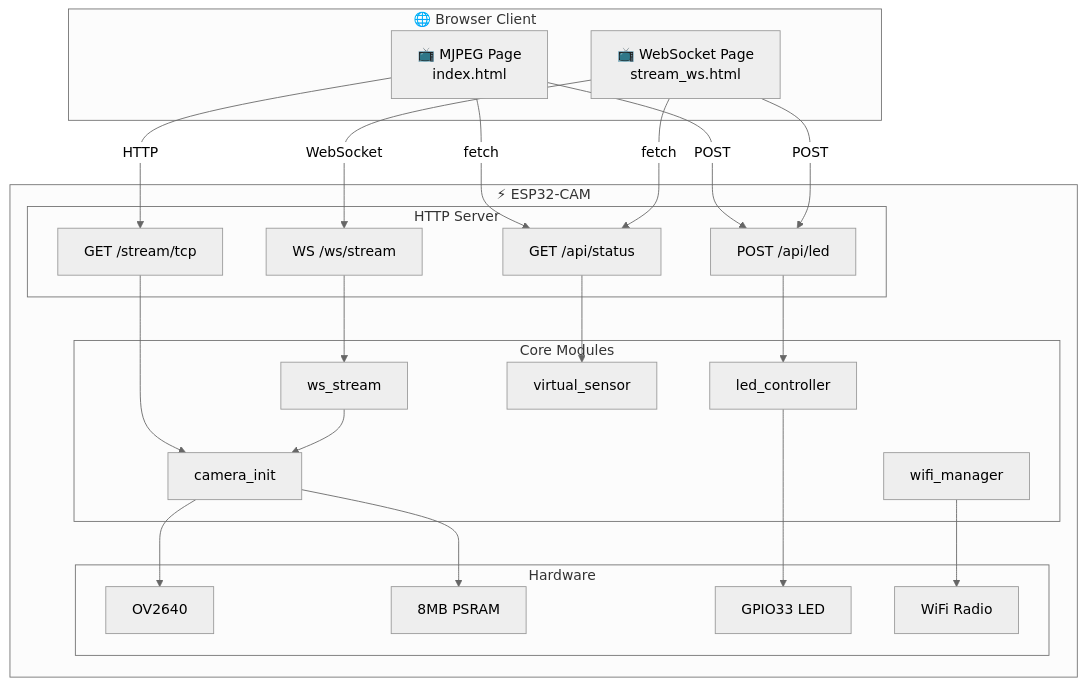
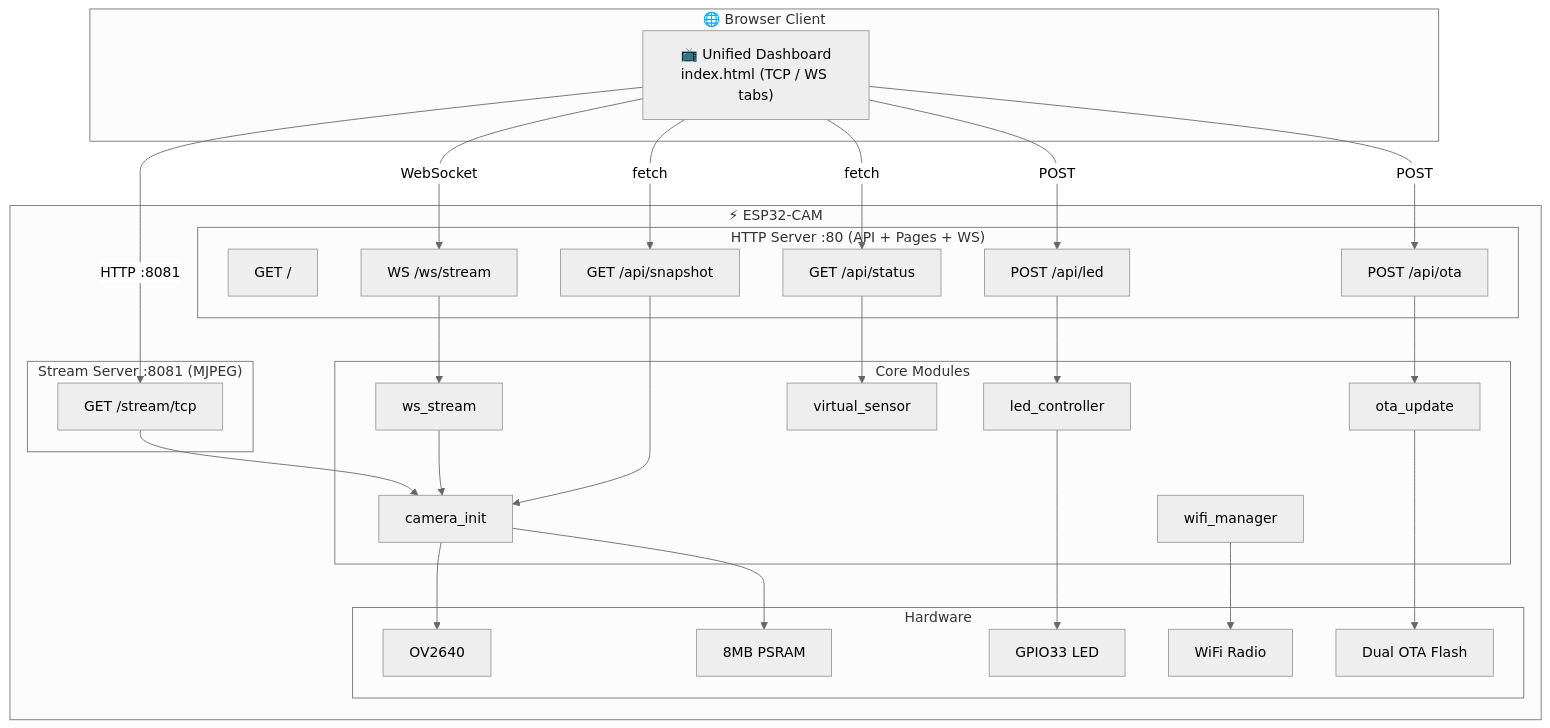
The diagram in README.md (chinawrj/Autopilot-ESP32-CAM), drawn with Mermaid (neutral theme) before and after one commit. The commit also changed other lines of this file and 6 other files, not shown here.

````diff
--- a/README.md
+++ b/README.md
@@ -79,44 +82,54 @@
 ```mermaid
 graph TB
     subgraph Browser["🌐 Browser Client"]
-        A1["📺 MJPEG Page<br/>index.html"]
-        A2["📺 WebSocket Page<br/>stream_ws.html"]
+        A1["📺 Unified Dashboard<br/>index.html (TCP / WS tabs)"]
     end
 
     subgraph ESP["⚡ ESP32-CAM"]
-        subgraph HTTP["HTTP Server"]
-            B2["GET /stream/tcp"]
+        subgraph HTTP80["HTTP Server :80 (API + Pages + WS)"]
+            B1["GET /"]
             B4["GET /api/status"]
             B5["POST /api/led"]
             B6["WS /ws/stream"]
+            B7["GET /api/snapshot"]
+            B8["POST /api/ota"]
+        end
+
+        subgraph HTTP8081["Stream Server :8081 (MJPEG)"]
+            B2["GET /stream/tcp"]
         end
 
         subgraph Modules["Core Modules"]
             C1["wifi_manager"]
             C2["camera_init"]
             C3["ws_stream"]
             C4["led_controller"]
             C5["virtual_sensor"]
+            C6["ota_update"]
         end
 
         subgraph HW["Hardware"]
             D2["OV2640"]
             D3["8MB PSRAM"]
             D4["GPIO33 LED"]
             D5["WiFi Radio"]
+            D6["Dual OTA Flash"]
         end
     end
 
-    A1 -- "HTTP" --> B2
-    A2 -- "WebSocket" --> B6
-    A1 & A2 -- "fetch" --> B4
-    A1 & A2 -- "POST" --> B5
+    A1 -- "HTTP :8081" --> B2
+    A1 -- "WebSocket" --> B6
+    A1 -- "fetch" --> B4 & B7
+    A1 -- "POST" --> B5 & B8
 
     B2 --> C2
     B6 --> C3 --> C2
+    B7 --> C2
     B4 --> C5
     B5 --> C4
+    B8 --> C6
     C1 --> D5
     C2 --> D2 & D3
     C4 --> D4
+    C6 --> D6
 ```
````
